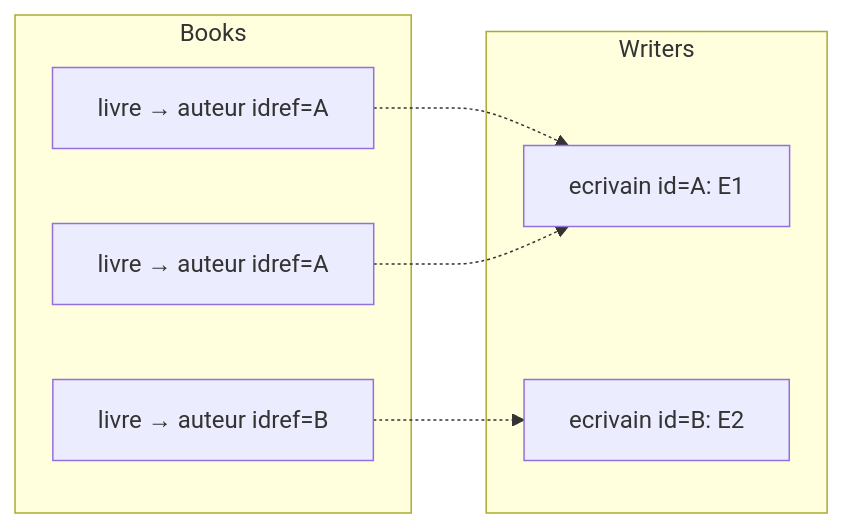
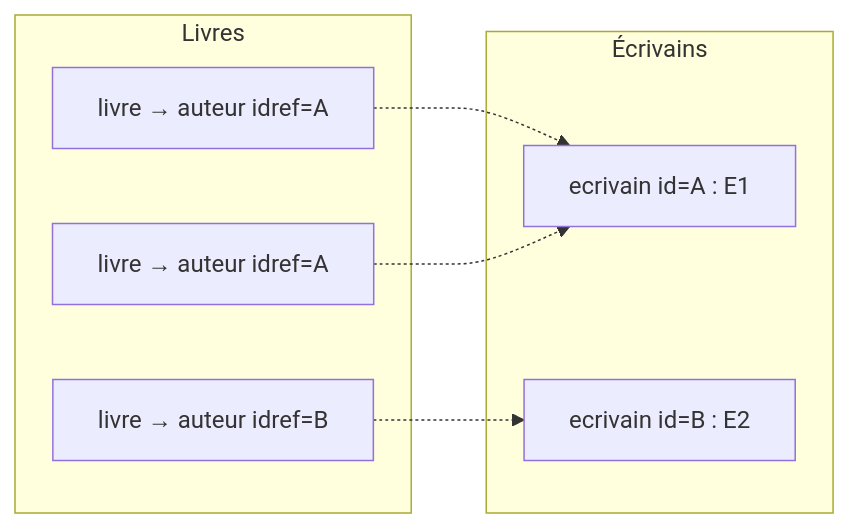
Before and after one commit to ghaithsoltani/my-courses: the fourth of 14 diagrams in SOA/XML_Technologies_Study_Guide.md, drawn with Mermaid. The commit also changed other lines of this file and 9 other files, not shown here.

````diff
--- a/SOA/XML_Technologies_Study_Guide.md
+++ b/SOA/XML_Technologies_Study_Guide.md
@@ -218,15 +218,15 @@
 ```mermaid
 graph LR
-    subgraph Writers
-    W1["ecrivain id=A: E1"]
-    W2["ecrivain id=B: E2"]
+    subgraph Écrivains
+    W1["ecrivain id=A : E1"]
+    W2["ecrivain id=B : E2"]
     end
-    subgraph Books
+    subgraph Livres
     L1["livre → auteur idref=A"]
     L2["livre → auteur idref=B"]
     L3["livre → auteur idref=A"]
     end
     L1 -.-> W1
     L2 -.-> W2
     L3 -.-> W1
 ```
````
